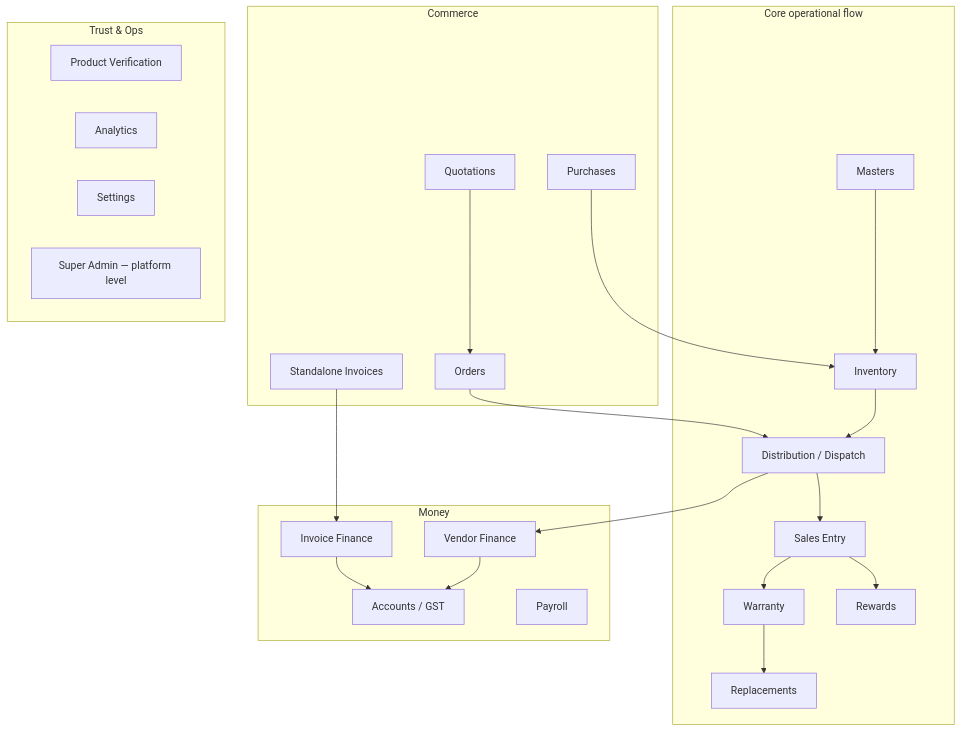
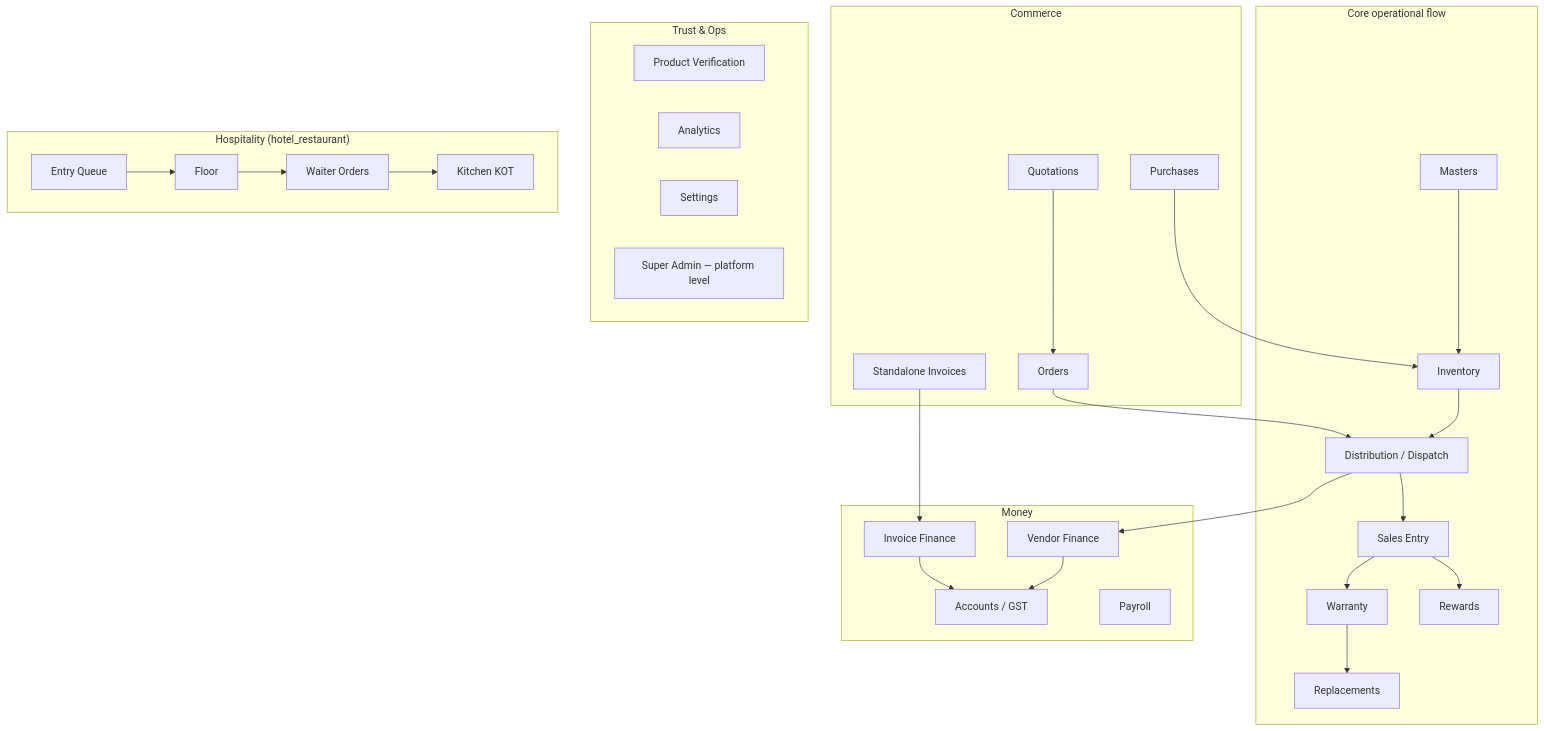
One commit to prathame/DG-ERP changed the diagram in engineering-academy/docs/frontend/features-catalog.md. Above: the diagram before and after it, drawn with Mermaid. The commit also changed other lines of this file and 25 other files, not shown here.

````diff
--- a/engineering-academy/docs/frontend/features-catalog.md
+++ b/engineering-academy/docs/frontend/features-catalog.md
@@ -13,29 +13,34 @@
 ```mermaid
 graph TD
     subgraph "Core operational flow"
         Masters[Masters] --> Inventory[Inventory]
         Inventory --> Distribution[Distribution / Dispatch]
         Distribution --> Sales[Sales Entry]
         Sales --> Warranty[Warranty]
         Warranty --> Replacements[Replacements]
         Sales --> Rewards[Rewards]
     end
     subgraph "Commerce"
         Quotations[Quotations] --> Orders[Orders]
         Orders --> Distribution
         Purchases[Purchases] --> Inventory
         Invoices[Standalone Invoices]
     end
     subgraph "Money"
         Distribution --> VendorFinance[Vendor Finance]
         Invoices --> InvoiceFinance[Invoice Finance]
         VendorFinance & InvoiceFinance --> Accounts[Accounts / GST]
         Payroll[Payroll]
     end
     subgraph "Trust & Ops"
         Verification[Product Verification]
         Analytics[Analytics]
         Settings[Settings]
         SuperAdmin[Super Admin — platform level]
     end
+    subgraph "Hospitality (hotel_restaurant)"
+        Floor[Floor] --> Waiter[Waiter Orders]
+        Waiter --> Kitchen[Kitchen KOT]
+        Queue[Entry Queue] --> Floor
+    end
 ```
````
